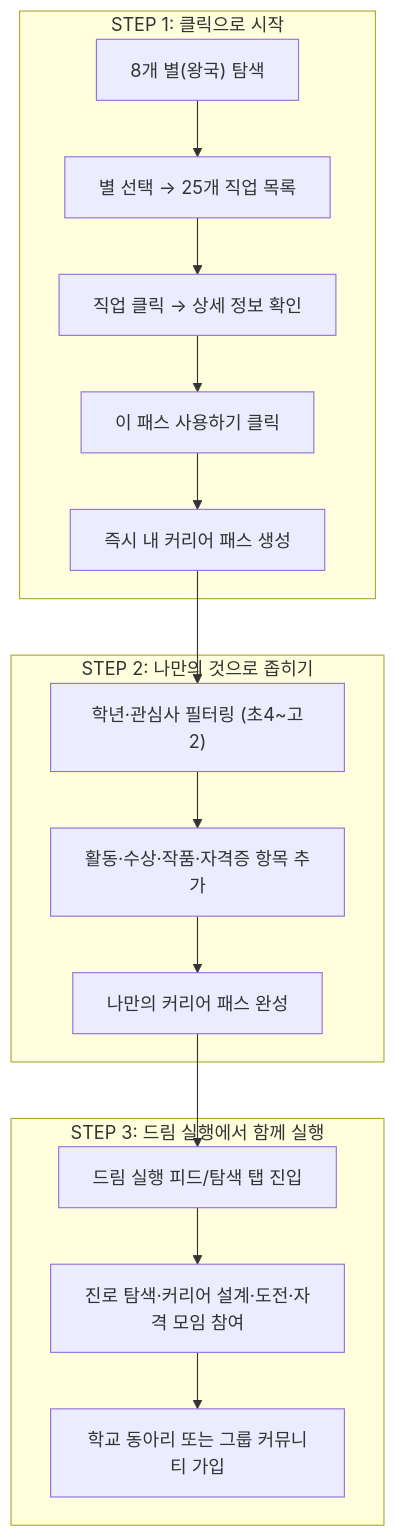
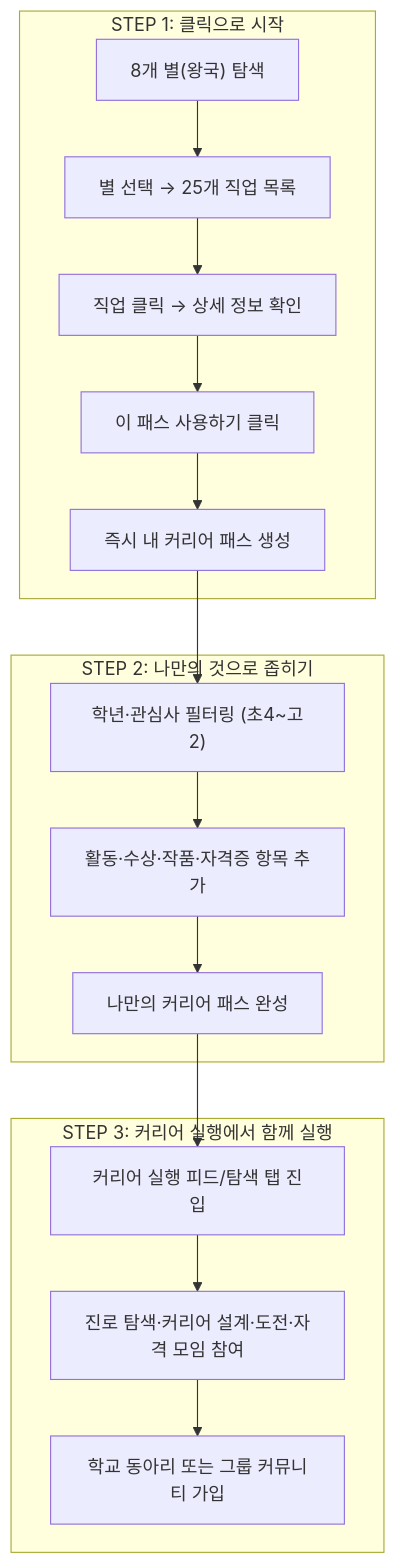
One commit to Collegenie-X/AI-career-path changed the second of 6 diagrams in INVESTMENT_PROPOSAL.md. Above: the diagram before and after it, drawn with Mermaid. The commit also changed other lines of this file and 1 other file, not shown here.

````diff
--- a/INVESTMENT_PROPOSAL.md
+++ b/INVESTMENT_PROPOSAL.md
@@ -140,19 +140,19 @@
 ```mermaid
 graph TD
     subgraph "STEP 1: 클릭으로 시작"
         A["8개 별(왕국) 탐색"] --> B["별 선택 → 25개 직업 목록"]
         B --> C["직업 클릭 → 상세 정보 확인"]
         C --> D["이 패스 사용하기 클릭"]
         D --> E["즉시 내 커리어 패스 생성"]
     end
     subgraph "STEP 2: 나만의 것으로 좁히기"
         E --> F["학년·관심사 필터링 (초4~고2)"]
         F --> G["활동·수상·작품·자격증 항목 추가"]
         G --> H["나만의 커리어 패스 완성"]
     end
-    subgraph "STEP 3: 드림 실행에서 함께 실행"
-        H --> I["드림 실행 피드/탐색 탭 진입"]
+    subgraph "STEP 3: 커리어 실행에서 함께 실행"
+        H --> I["커리어 실행 피드/탐색 탭 진입"]
         I --> J["진로 탐색·커리어 설계·도전·자격 모임 참여"]
         J --> K["학교 동아리 또는 그룹 커뮤니티 가입"]
     end
 ```
````
